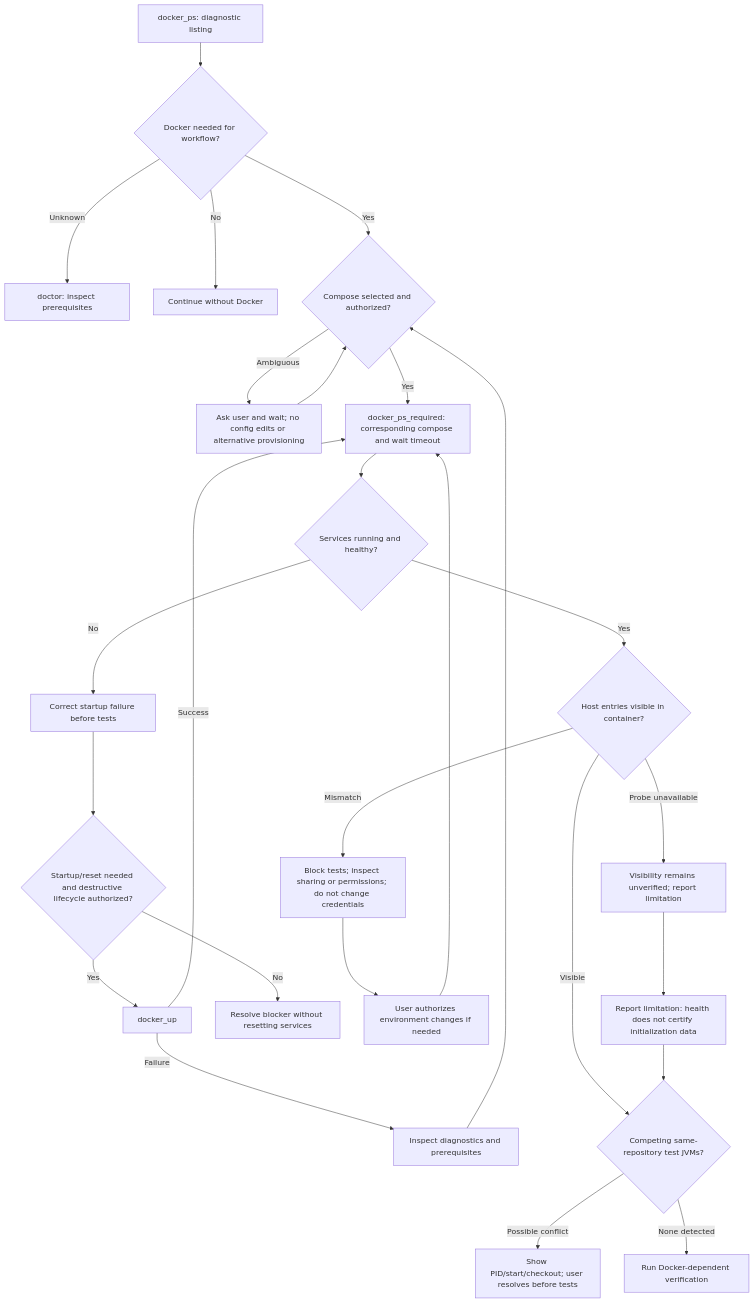
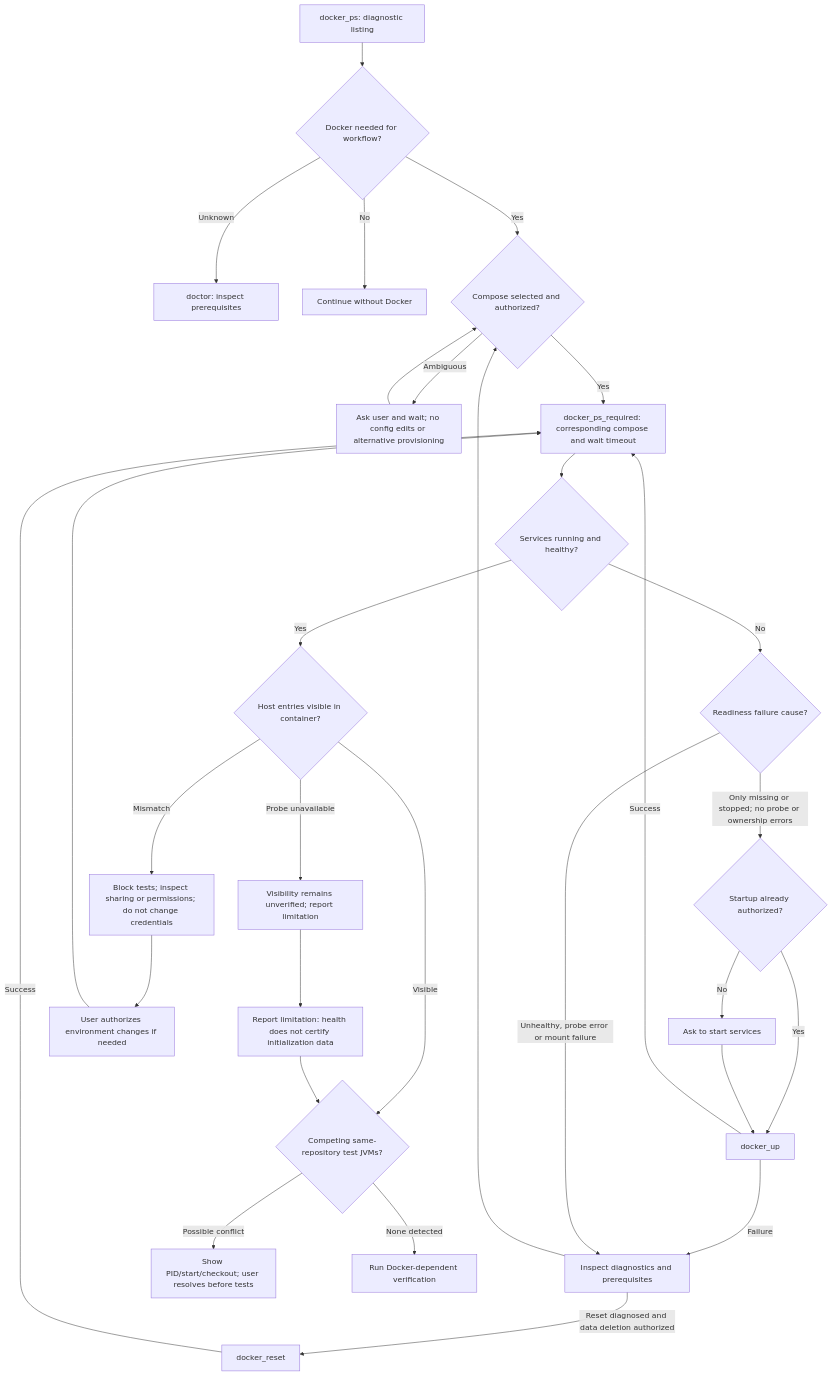
Before and after one commit to antonillos/makevn: the fourth of 6 diagrams in docs/workflow-guidance.md, drawn with Mermaid. The commit also changed other lines of this file and 18 other files, not shown here.

First line of the commit message:
fix(docker)!: separate startup from destructive reset

````diff
--- a/docs/workflow-guidance.md
+++ b/docs/workflow-guidance.md
@@ -113,28 +114,32 @@
 ```mermaid
 flowchart TD
     PS[docker_ps: diagnostic listing] --> NEED{Docker needed for workflow?}
     NEED -->|Unknown| DOC[doctor: inspect prerequisites]
     NEED -->|No| CONT[Continue without Docker]
     NEED -->|Yes| COMPOSE{Compose selected and authorized?}
     COMPOSE -->|Ambiguous| ASK[Ask user and wait; no config edits or alternative provisioning]
     ASK --> COMPOSE
     COMPOSE -->|Yes| REQUIRED[docker_ps_required: corresponding compose and wait timeout]
     UP -->|Failure| DIAG[Inspect diagnostics and prerequisites]
     DIAG --> COMPOSE
     UP[docker_up] -->|Success| REQUIRED
     REQUIRED --> HEALTH{Services running and healthy?}
-    HEALTH -->|No| FIX[Correct startup failure before tests]
-    FIX --> RESET{Startup/reset needed and destructive lifecycle authorized?}
-    RESET -->|Yes| UP
-    RESET -->|No| HOLD[Resolve blocker without resetting services]
+    HEALTH -->|No| FIX{Readiness failure cause?}
+    FIX -->|Only missing or stopped; no probe or ownership errors| START{Startup already authorized?}
+    START -->|Yes| UP
+    START -->|No| ASKSTART[Ask to start services]
+    ASKSTART --> UP
+    FIX -->|Unhealthy, probe error or mount failure| DIAG
+    DIAG -->|Reset diagnosed and data deletion authorized| RESET[docker_reset]
+    RESET -->|Success| REQUIRED
     HEALTH -->|Yes| MOUNTS{Host entries visible in container?}
     MOUNTS -->|Mismatch| BLOCK[Block tests; inspect sharing or permissions; do not change credentials]
     BLOCK --> APPROVAL[User authorizes environment changes if needed]
     APPROVAL --> REQUIRED
     MOUNTS -->|Visible| JVMS{Competing same-repository test JVMs?}
     JVMS -->|Possible conflict| PAUSE[Show PID/start/checkout; user resolves before tests]
     JVMS -->|None detected| TESTS[Run Docker-dependent verification]
     MOUNTS -->|Probe unavailable| UNKNOWN[Visibility remains unverified; report limitation]
     UNKNOWN --> LIMIT[Report limitation: health does not certify initialization data]
     LIMIT --> JVMS
 ```
````
